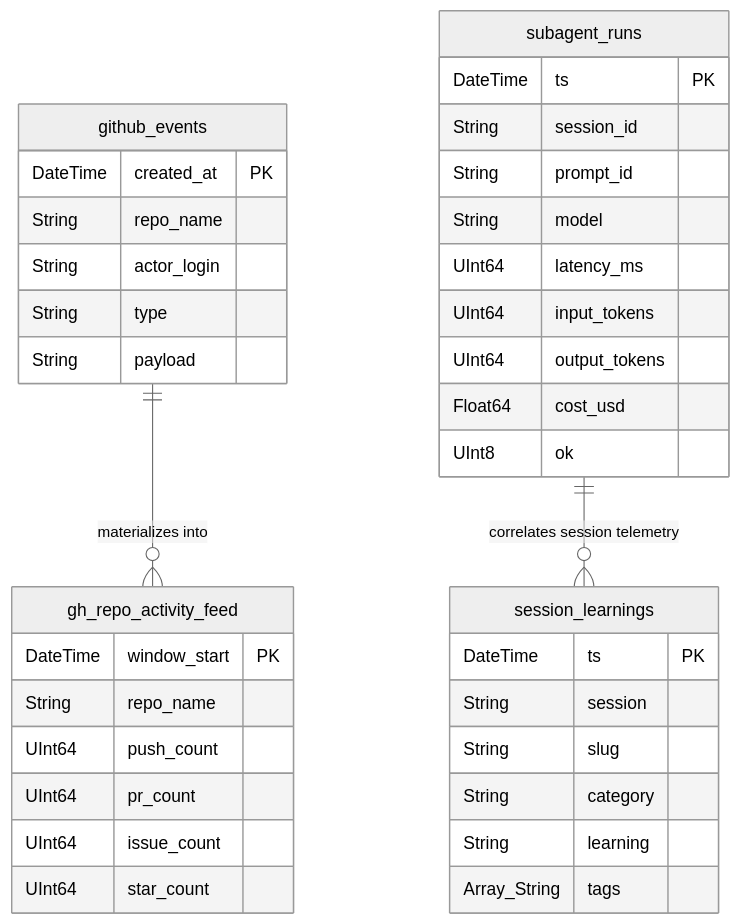
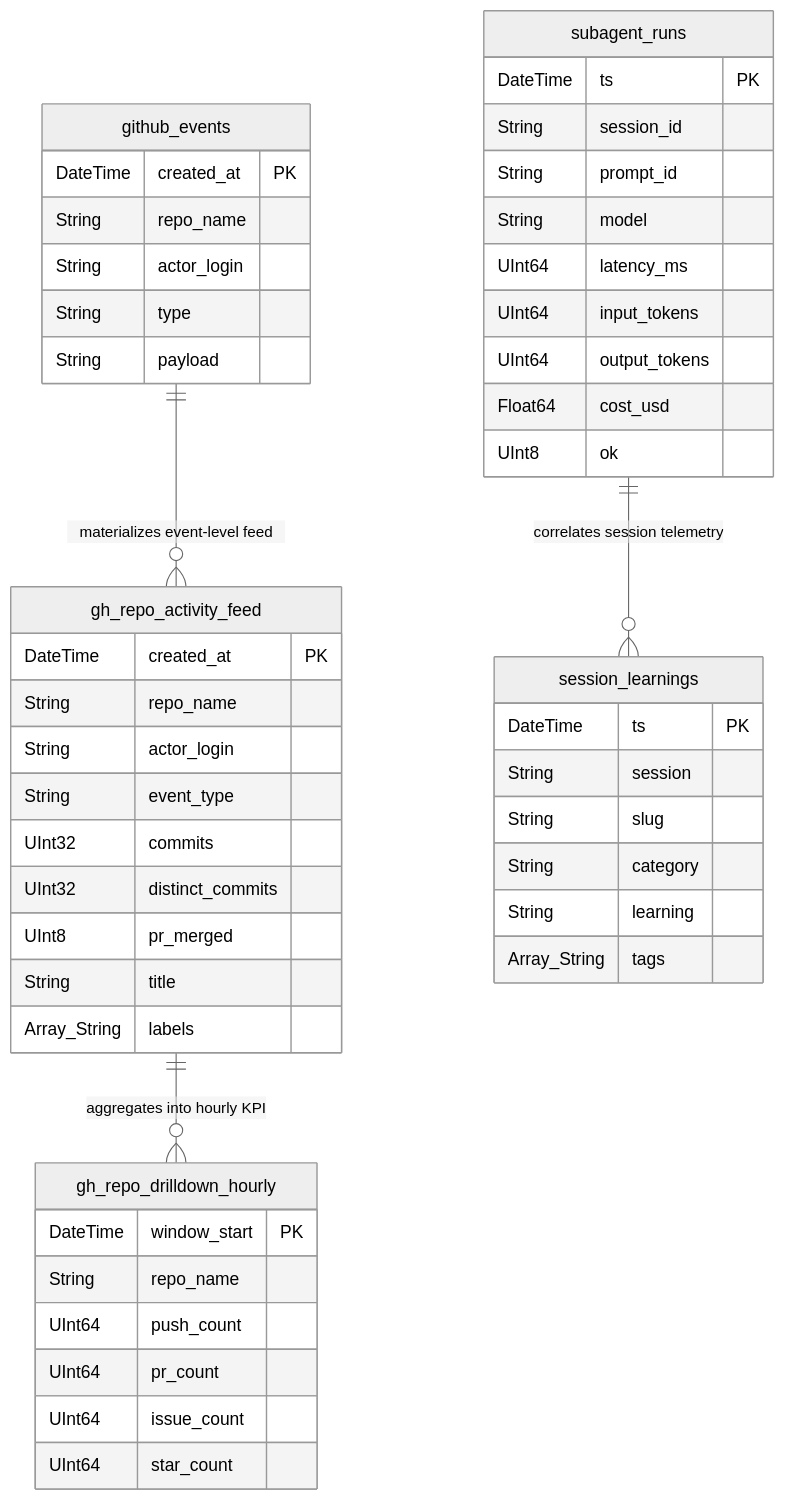
One commit to victoremnm/attention-terminal changed the fourth of 6 diagrams in docs/architecture/SYSTEM-ARCHITECTURE.md. Above: the diagram before and after it, drawn with Mermaid (neutral theme). The commit also changed other lines of this file and 3 other files, not shown here.

First line of the commit message:
docs(architecture): address Codex review comments on ERD, MVs, and skip index claims

````diff
--- a/docs/architecture/SYSTEM-ARCHITECTURE.md
+++ b/docs/architecture/SYSTEM-ARCHITECTURE.md
@@ -102,40 +103,52 @@
 ```mermaid
 erDiagram
     github_events {
         DateTime created_at PK
         String repo_name
         String actor_login
         String type
         String payload
     }
     gh_repo_activity_feed {
+        DateTime created_at PK
+        String repo_name
+        String actor_login
+        String event_type
+        UInt32 commits
+        UInt32 distinct_commits
+        UInt8 pr_merged
+        String title
+        Array_String labels
+    }
+    gh_repo_drilldown_hourly {
         DateTime window_start PK
         String repo_name
         UInt64 push_count
         UInt64 pr_count
         UInt64 issue_count
         UInt64 star_count
     }
     subagent_runs {
         DateTime ts PK
         String session_id
         String prompt_id
         String model
         UInt64 latency_ms
         UInt64 input_tokens
         UInt64 output_tokens
         Float64 cost_usd
         UInt8 ok
     }
     session_learnings {
         DateTime ts PK
         String session
         String slug
         String category
         String learning
         Array_String tags
     }
 
-    github_events ||--o{ gh_repo_activity_feed : "materializes into"
+    github_events ||--o{ gh_repo_activity_feed : "materializes event-level feed"
+    gh_repo_activity_feed ||--o{ gh_repo_drilldown_hourly : "aggregates into hourly KPI"
     subagent_runs ||--o{ session_learnings : "correlates session telemetry"
 ```
````
